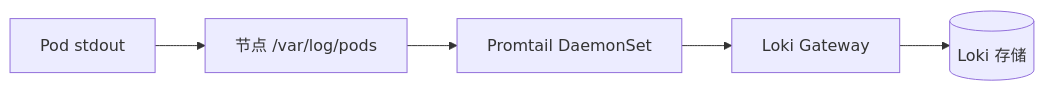
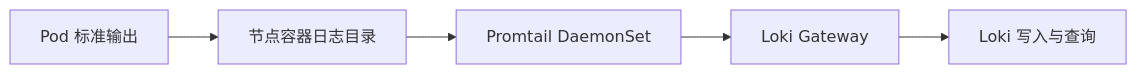
One commit to brinnatt/kubeauto changed diagram 36 of 46 in docs/efk/EFK.md. Above: the diagram before and after it, drawn with Mermaid. The commit also changed other lines of this file, not shown here.

````diff
--- a/docs/efk/EFK.md
+++ b/docs/efk/EFK.md
@@ -2057,9 +2075,9 @@
 ```mermaid
 flowchart LR
-  P[Pod stdout]
-  N[节点 /var/log/pods]
-  PT[Promtail DaemonSet]
-  GW[Loki Gateway]
-  L[(Loki 存储)]
+  P["Pod 标准输出"]
+  N["节点容器日志目录"]
+  PT["Promtail DaemonSet"]
+  GW["Loki Gateway"]
+  L["Loki 写入与查询"]
   P --> N --> PT --> GW --> L
 ```
````
